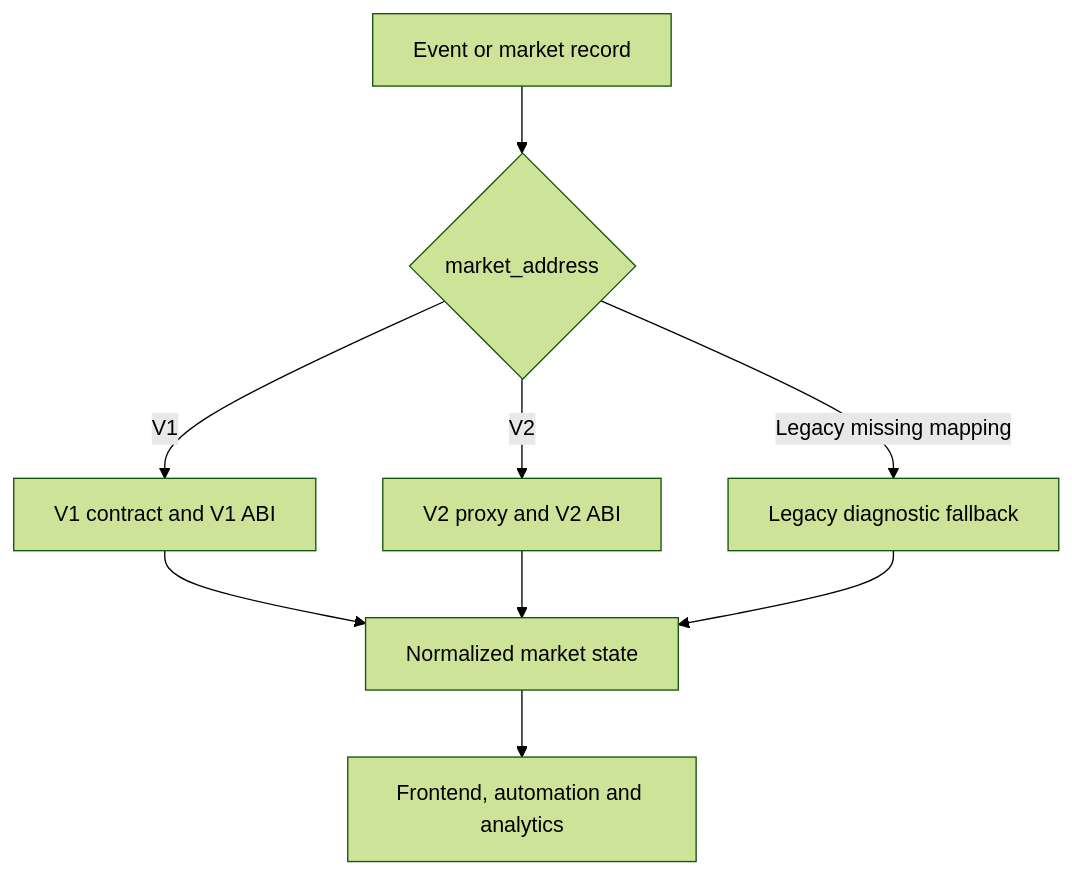
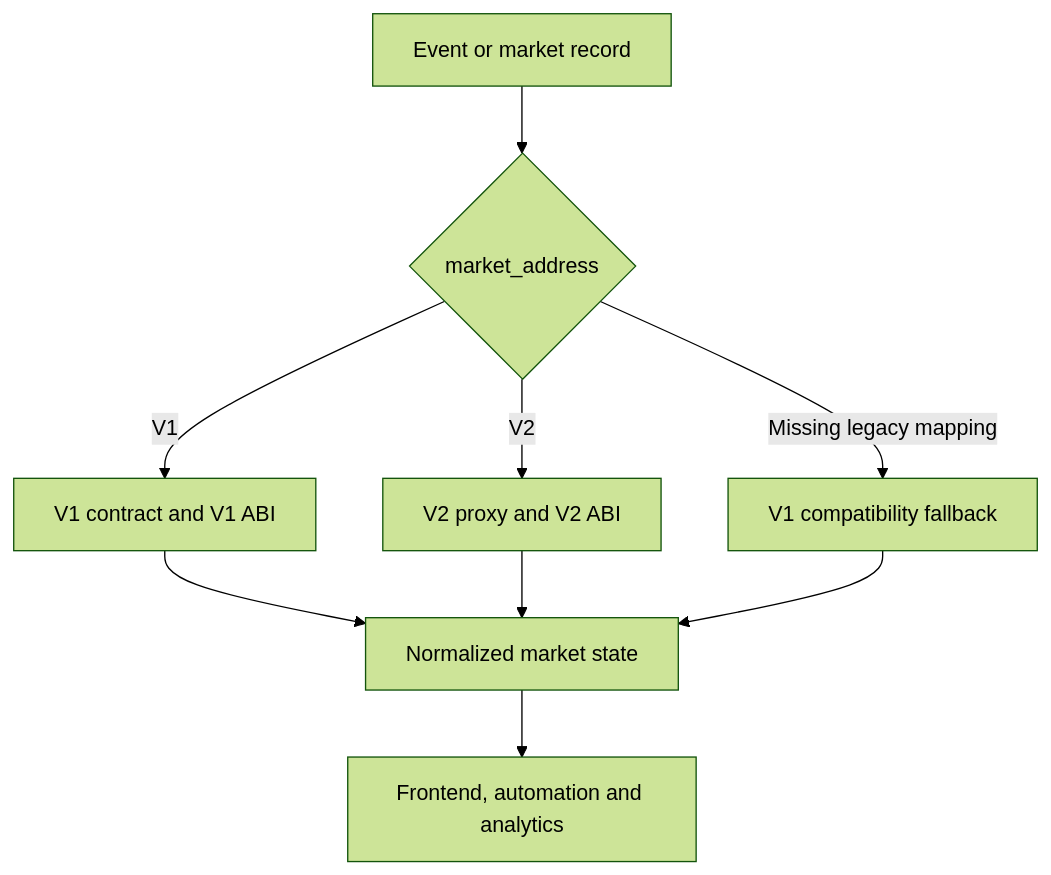
One commit to blocknine0/geomacro changed the third of 10 diagrams in README.md. Above: the diagram before and after it, drawn with Mermaid (forest theme). The commit also changed other lines of this file, not shown here.

Commit message:
align README with current V1 V2 architecture

````diff
--- a/README.md
+++ b/README.md
@@ -131,11 +165,14 @@
 ```mermaid
 graph TD;
     RECORD["Event or market record"] --> ADDRESS{"market_address"};
+
     ADDRESS -->|V1| V1["V1 contract and V1 ABI"];
     ADDRESS -->|V2| V2["V2 proxy and V2 ABI"];
-    ADDRESS -->|Legacy missing mapping| FALLBACK["Legacy diagnostic fallback"];
+    ADDRESS -->|Missing legacy mapping| FALLBACK["V1 compatibility fallback"];
+
     V1 --> NORMAL["Normalized market state"];
     V2 --> NORMAL;
     FALLBACK --> NORMAL;
+
     NORMAL --> APP["Frontend, automation and analytics"];
 ```
````
